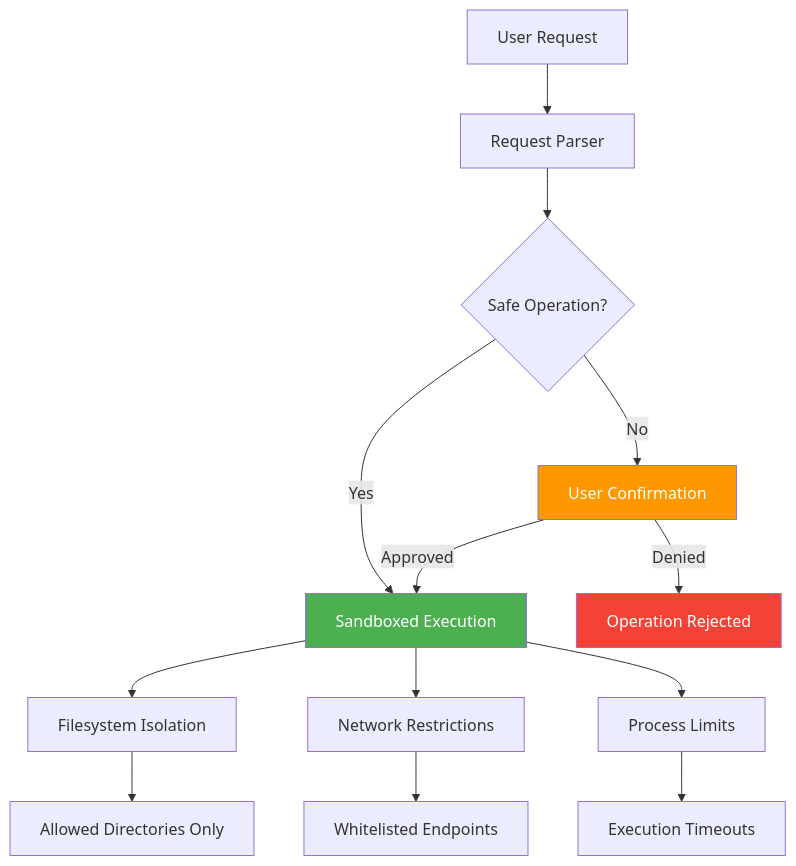
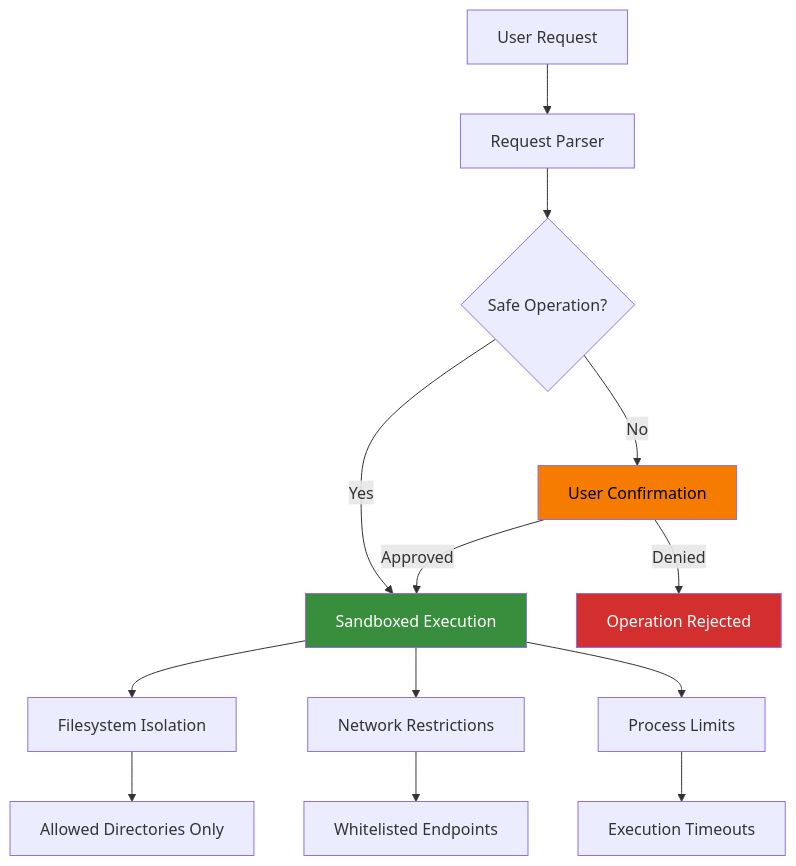
Before and after one commit to fwornle/agentic-ai-nano: the tenth of 15 diagrams in docs-content/01_frameworks/Session1_ModuleD_Coding_Assistant_Case_Study.md, drawn with Mermaid. The commit also changed other lines of this file, not shown here.

````diff
--- a/docs-content/01_frameworks/Session1_ModuleD_Coding_Assistant_Case_Study.md
+++ b/docs-content/01_frameworks/Session1_ModuleD_Coding_Assistant_Case_Study.md
@@ -574,22 +574,22 @@
 ```mermaid
 graph TD
     USER[User Request] --> PARSER[Request Parser]
     PARSER --> SAFE{Safe Operation?}
     
     SAFE -->|Yes| SANDBOX[Sandboxed Execution]
     SAFE -->|No| CONFIRM[User Confirmation]
     CONFIRM -->|Approved| SANDBOX
     CONFIRM -->|Denied| REJECT[Operation Rejected]
     
     SANDBOX --> FS[Filesystem Isolation]
     SANDBOX --> NET[Network Restrictions]  
     SANDBOX --> PROC[Process Limits]
     
     FS --> ALLOWED[Allowed Directories Only]
     NET --> WHITELIST[Whitelisted Endpoints]
     PROC --> TIMEOUT[Execution Timeouts]
     
-    style SANDBOX fill:#4CAF50,color:#ffffff
-    style CONFIRM fill:#FF9800,color:#ffffff
-    style REJECT fill:#F44336,color:#ffffff
+    style SANDBOX fill:#388E3C,color:#ffffff
+    style CONFIRM fill:#F57C00,color:#000000
+    style REJECT fill:#D32F2F,color:#ffffff
 ```
````
